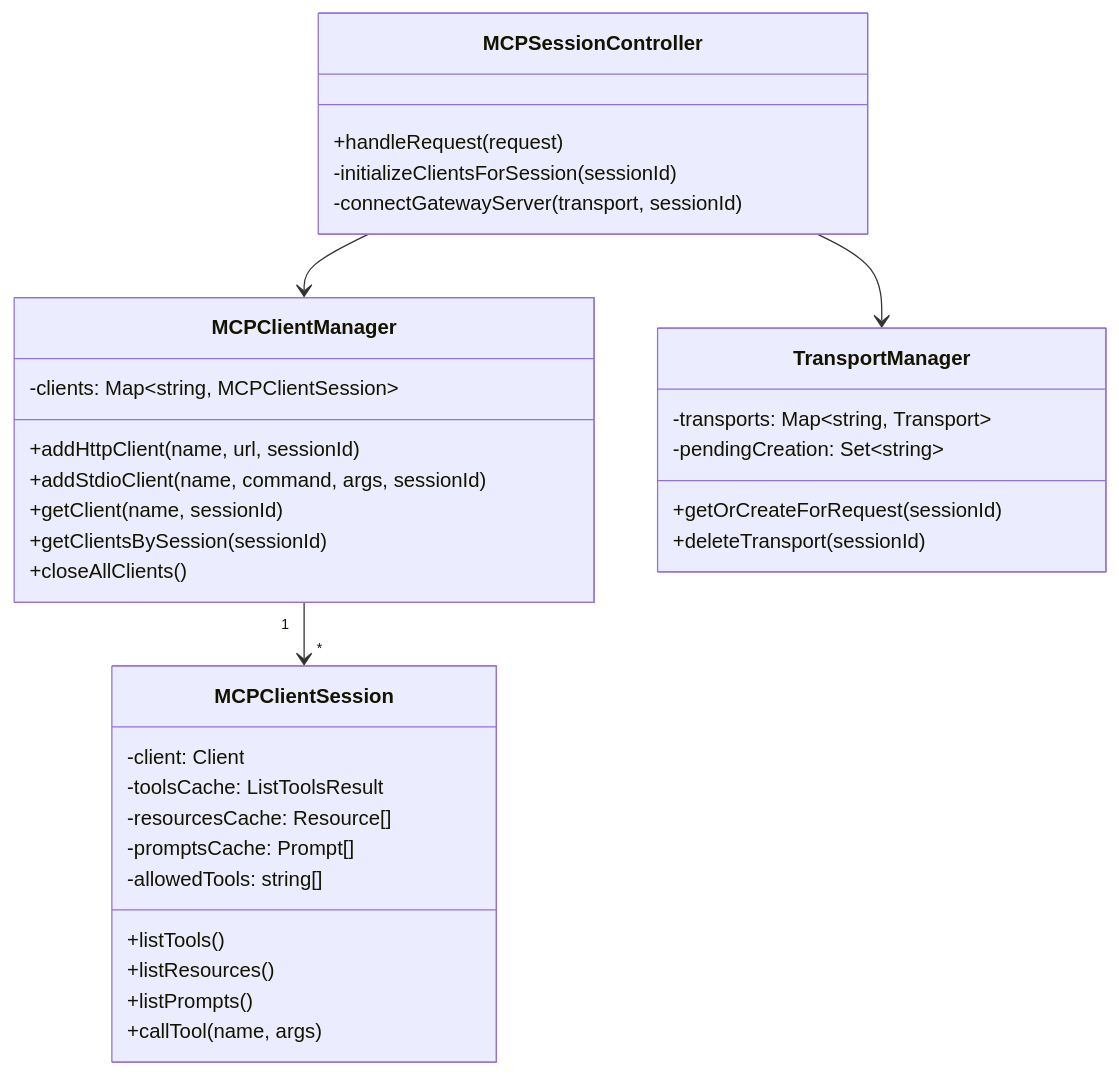
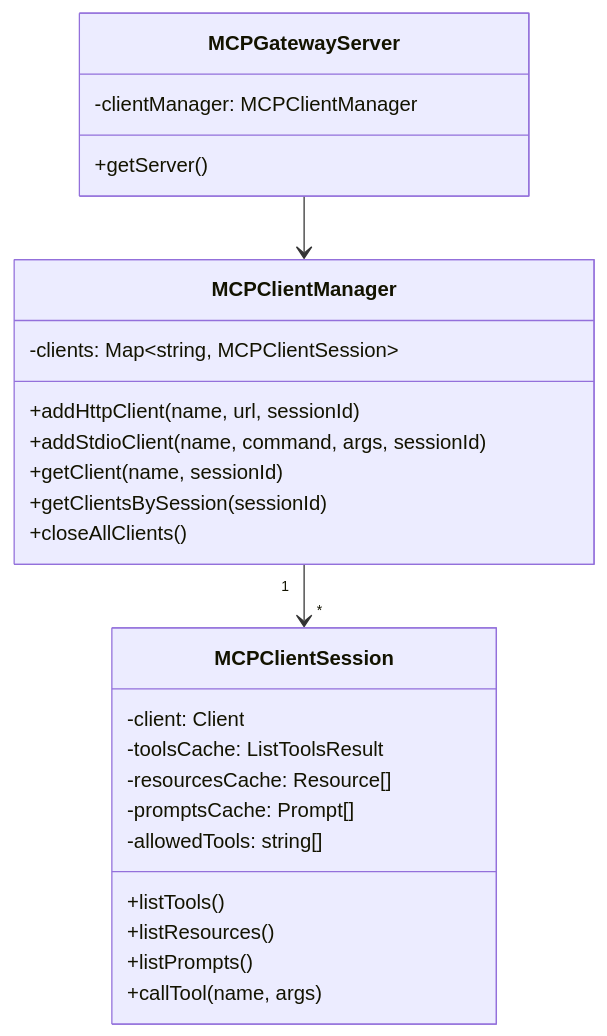
Before and after one commit to karashiiro/my-cool-proxy: the second of 7 diagrams in docs/design/session-management.md, drawn with Mermaid. The commit also changed other lines of this file and 3 other files, not shown here.

````diff
--- a/docs/design/session-management.md
+++ b/docs/design/session-management.md
@@ -53,40 +53,31 @@
 ```mermaid
 classDiagram
     class MCPClientManager {
         -clients: Map~string, MCPClientSession~
         +addHttpClient(name, url, sessionId)
         +addStdioClient(name, command, args, sessionId)
         +getClient(name, sessionId)
         +getClientsBySession(sessionId)
         +closeAllClients()
     }
 
     class MCPClientSession {
         -client: Client
         -toolsCache: ListToolsResult
         -resourcesCache: Resource[]
         -promptsCache: Prompt[]
         -allowedTools: string[]
         +listTools()
         +listResources()
         +listPrompts()
         +callTool(name, args)
     }
 
-    class TransportManager {
-        -transports: Map~string, Transport~
-        -pendingCreation: Set~string~
-        +getOrCreateForRequest(sessionId)
-        +deleteTransport(sessionId)
-    }
-
-    class MCPSessionController {
-        +handleRequest(request)
-        -initializeClientsForSession(sessionId)
-        -connectGatewayServer(transport, sessionId)
+    class MCPGatewayServer {
+        -clientManager: MCPClientManager
+        +getServer()
     }
 
     MCPClientManager "1" --> "*" MCPClientSession
-    MCPSessionController --> MCPClientManager
-    MCPSessionController --> TransportManager
+    MCPGatewayServer --> MCPClientManager
 ```
````
